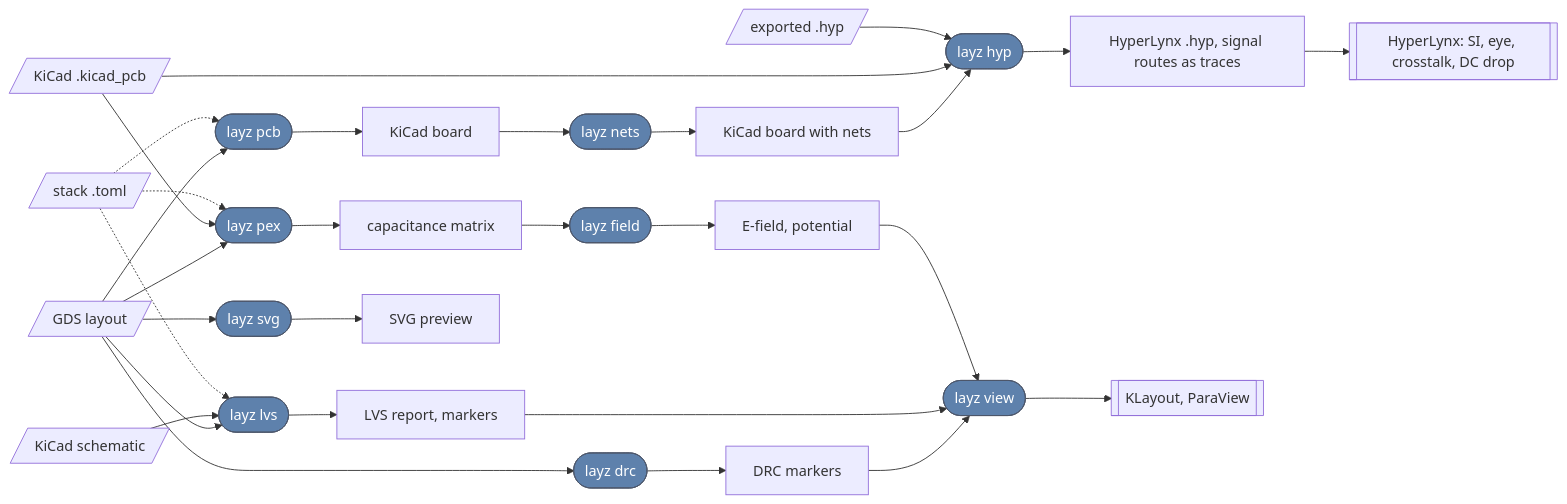
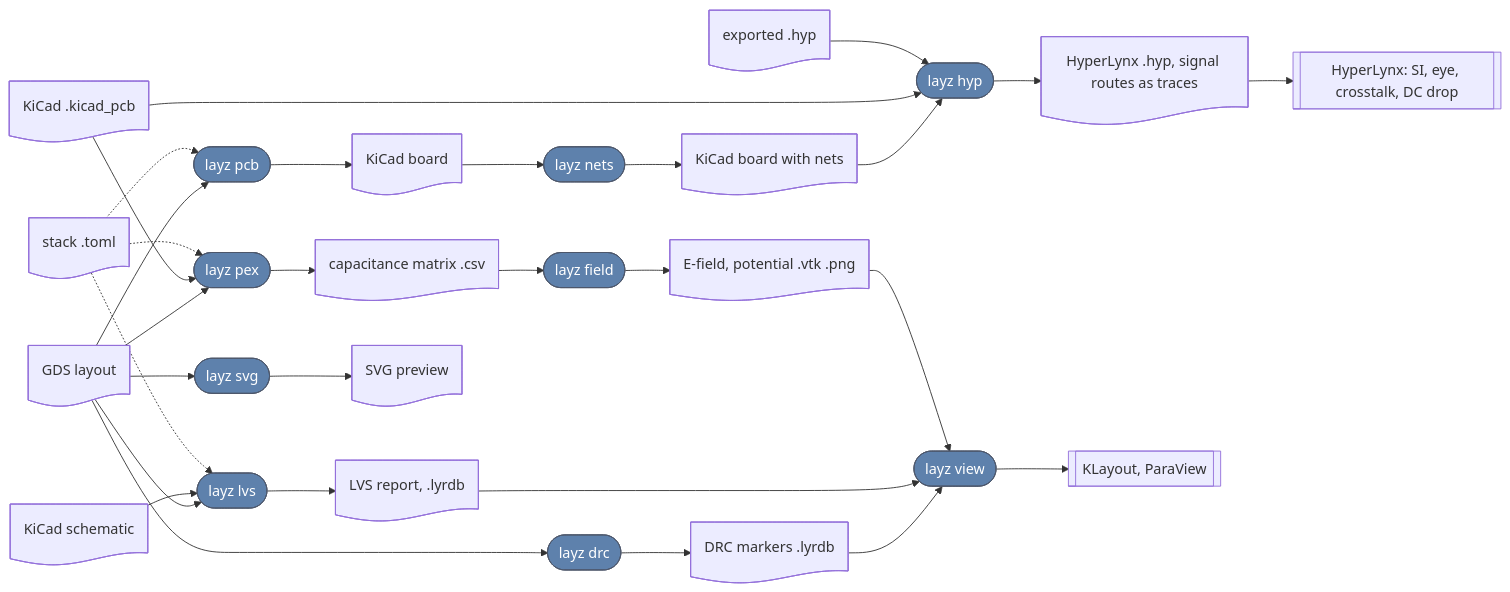
One commit to SiLab-Bonn/layz changed the diagram in readme.md. Above: the diagram before and after it, drawn with Mermaid.

Commit message:
readme: file shapes for the pipeline's inputs and outputs

````diff
--- a/readme.md
+++ b/readme.md
@@ -25,33 +25,42 @@
 ```mermaid
 flowchart LR
-    gds[/"GDS layout"/]
-    sch[/"KiCad schematic"/]
-    stack[/"stack .toml"/]
-    board[/"KiCad .kicad_pcb"/]
-    exthyp[/"exported .hyp"/]
+    gds@{ shape: doc, label: "GDS layout" }
+    sch@{ shape: doc, label: "KiCad schematic" }
+    stack@{ shape: doc, label: "stack .toml" }
+    board@{ shape: doc, label: "KiCad .kicad_pcb" }
+    exthyp@{ shape: doc, label: "exported .hyp" }
 
     drc(["layz drc"])
     lvs(["layz lvs"])
     pcb(["layz pcb"])
     nets(["layz nets"])
     hyp(["layz hyp"])
     pex(["layz pex"])
     field(["layz field"])
     svg(["layz svg"])
     view(["layz view"])
 
-    gds --> drc --> drcdb["DRC markers"]
-    gds & sch --> lvs --> lvsdb["LVS report, markers"]
-    gds --> pcb --> kpcb["KiCad board"]
-    kpcb --> nets --> kpcb2["KiCad board with nets"]
-    kpcb2 & board & exthyp --> hyp --> hypf["HyperLynx .hyp, signal routes as traces"]
+    drcdb@{ shape: doc, label: "DRC markers .lyrdb" }
+    lvsdb@{ shape: doc, label: "LVS report, .lyrdb" }
+    kpcb@{ shape: doc, label: "KiCad board" }
+    kpcb2@{ shape: doc, label: "KiCad board with nets" }
+    hypf@{ shape: doc, label: "HyperLynx .hyp, signal routes as traces" }
+    caps@{ shape: doc, label: "capacitance matrix .csv" }
+    fld@{ shape: doc, label: "E-field, potential .vtk .png" }
+    svgf@{ shape: doc, label: "SVG preview" }
+
+    gds --> drc --> drcdb
+    gds & sch --> lvs --> lvsdb
+    gds --> pcb --> kpcb
+    kpcb --> nets --> kpcb2
+    kpcb2 & board & exthyp --> hyp --> hypf
     hypf --> hl[["HyperLynx: SI, eye, crosstalk, DC drop"]]
-    gds & board --> pex --> caps["capacitance matrix"]
-    caps --> field --> fld["E-field, potential"]
+    gds & board --> pex --> caps
+    caps --> field --> fld
     drcdb & lvsdb & fld --> view --> tools[["KLayout, ParaView"]]
-    gds --> svg --> svgf["SVG preview"]
+    gds --> svg --> svgf
     stack -.-> lvs & pcb & pex
 
     classDef cmd fill:#5E81AC,stroke:#4C566A,color:#fff
     class drc,lvs,pcb,nets,hyp,pex,field,svg,view cmd
 ```
````
